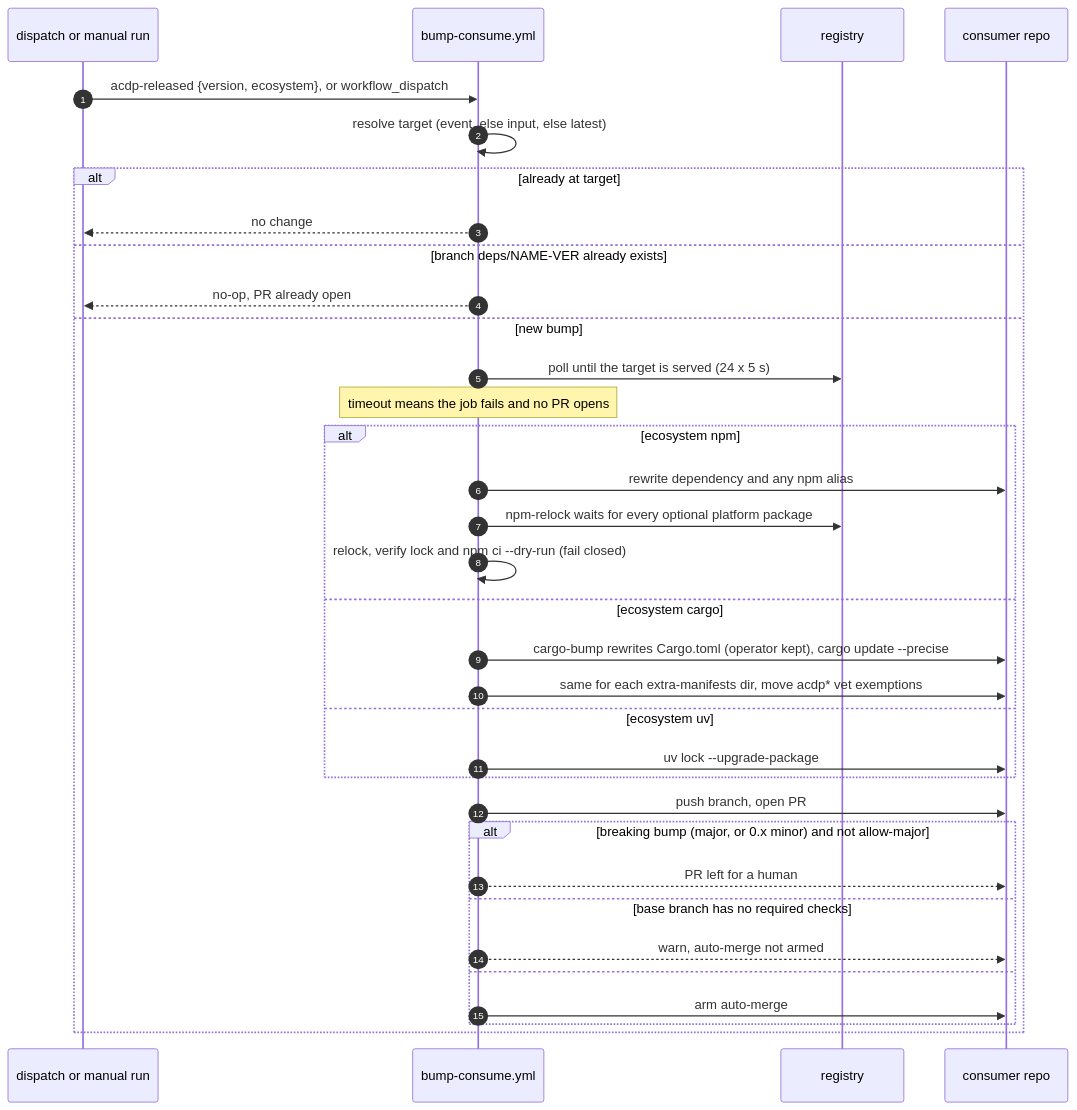
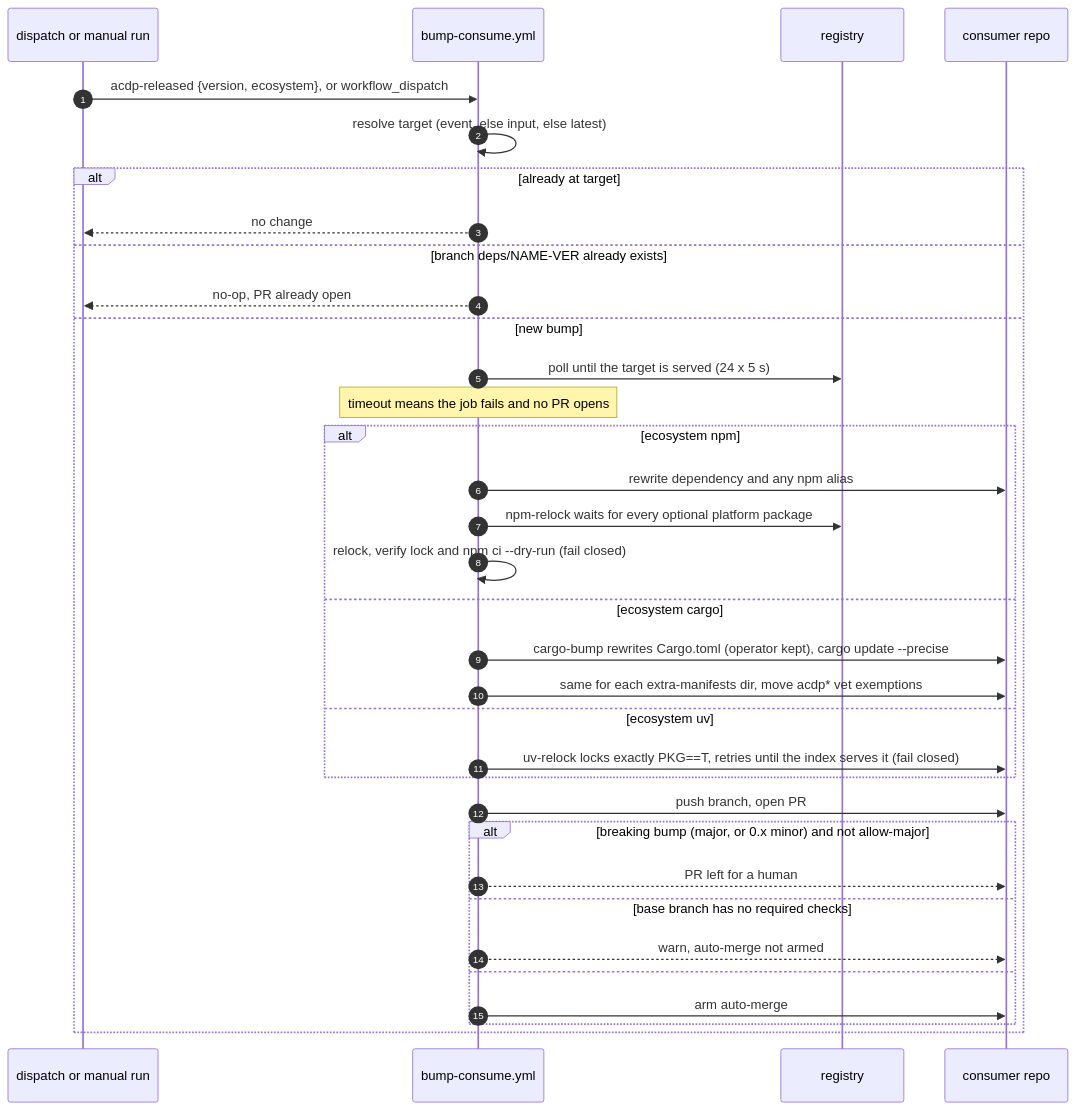
Before and after one commit to agentcontextdistributionprotocol/acdp-ci: the second of 3 diagrams in DELIVERY-STANDARD.md, drawn with Mermaid. The commit also changed other lines of this file and 9 other files, not shown here.

````diff
--- a/DELIVERY-STANDARD.md
+++ b/DELIVERY-STANDARD.md
@@ -153,36 +153,36 @@
 ```mermaid
 sequenceDiagram
   autonumber
   participant D as dispatch or manual run
   participant B as bump-consume.yml
   participant R as registry
   participant C as consumer repo
   D->>B: acdp-released {version, ecosystem}, or workflow_dispatch
   B->>B: resolve target (event, else input, else latest)
   alt already at target
     B-->>D: no change
   else branch deps/NAME-VER already exists
     B-->>D: no-op, PR already open
   else new bump
     B->>R: poll until the target is served (24 x 5 s)
     Note over B: timeout means the job fails and no PR opens
     alt ecosystem npm
       B->>C: rewrite dependency and any npm alias
       B->>R: npm-relock waits for every optional platform package
       B->>B: relock, verify lock and npm ci --dry-run (fail closed)
     else ecosystem cargo
       B->>C: cargo-bump rewrites Cargo.toml (operator kept), cargo update --precise
       B->>C: same for each extra-manifests dir, move acdp* vet exemptions
     else ecosystem uv
-      B->>C: uv lock --upgrade-package
+      B->>C: uv-relock locks exactly PKG==T, retries until the index serves it (fail closed)
     end
     B->>C: push branch, open PR
     alt breaking bump (major, or 0.x minor) and not allow-major
       B-->>C: PR left for a human
     else base branch has no required checks
       B-->>C: warn, auto-merge not armed
     else
       B->>C: arm auto-merge
     end
   end
 ```
````
